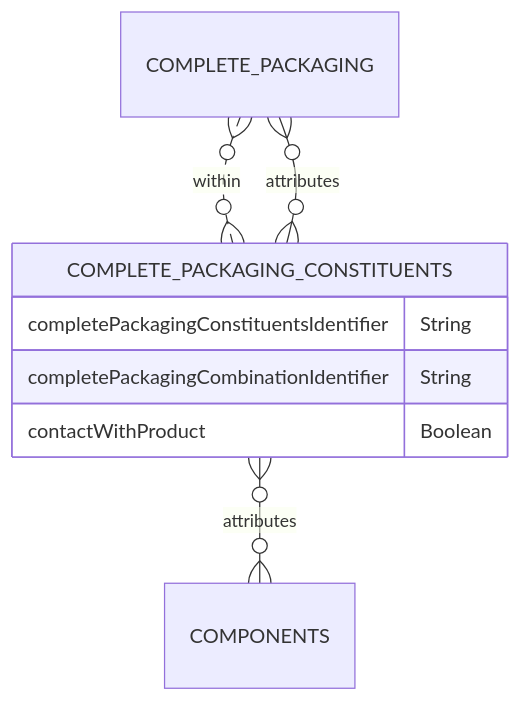
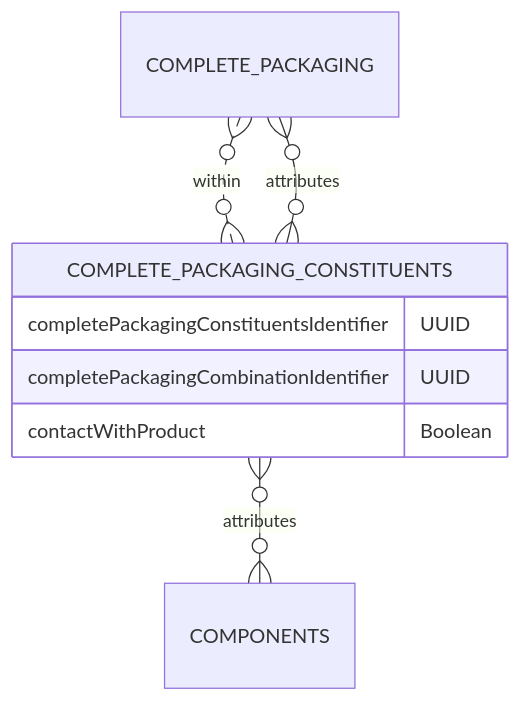
The diagram in docs/6_Relationship_Lists/6_003_Complete_Packaging_Constituents.md (OpenDataManchester/Open3P), drawn with Mermaid before and after one commit. The commit also changed other lines of this file, not shown here.

Commit message:
Complete Packaging Constituents to UUID from string

````diff
--- a/docs/6_Relationship_Lists/6_003_Complete_Packaging_Constituents.md
+++ b/docs/6_Relationship_Lists/6_003_Complete_Packaging_Constituents.md
@@ -19,12 +19,12 @@
 ``` mermaid
 erDiagram
 
   COMPLETE_PACKAGING }o..o{ COMPLETE_PACKAGING_CONSTITUENTS : within
   COMPLETE_PACKAGING_CONSTITUENTS {
-    completePackagingConstituentsIdentifier String
-    completePackagingCombinationIdentifier String
+    completePackagingConstituentsIdentifier UUID
+    completePackagingCombinationIdentifier UUID
     contactWithProduct Boolean
   }
   COMPLETE_PACKAGING_CONSTITUENTS }o--o{ COMPONENTS : attributes
   COMPLETE_PACKAGING_CONSTITUENTS }o--o{ COMPLETE_PACKAGING : attributes
 ```
````
